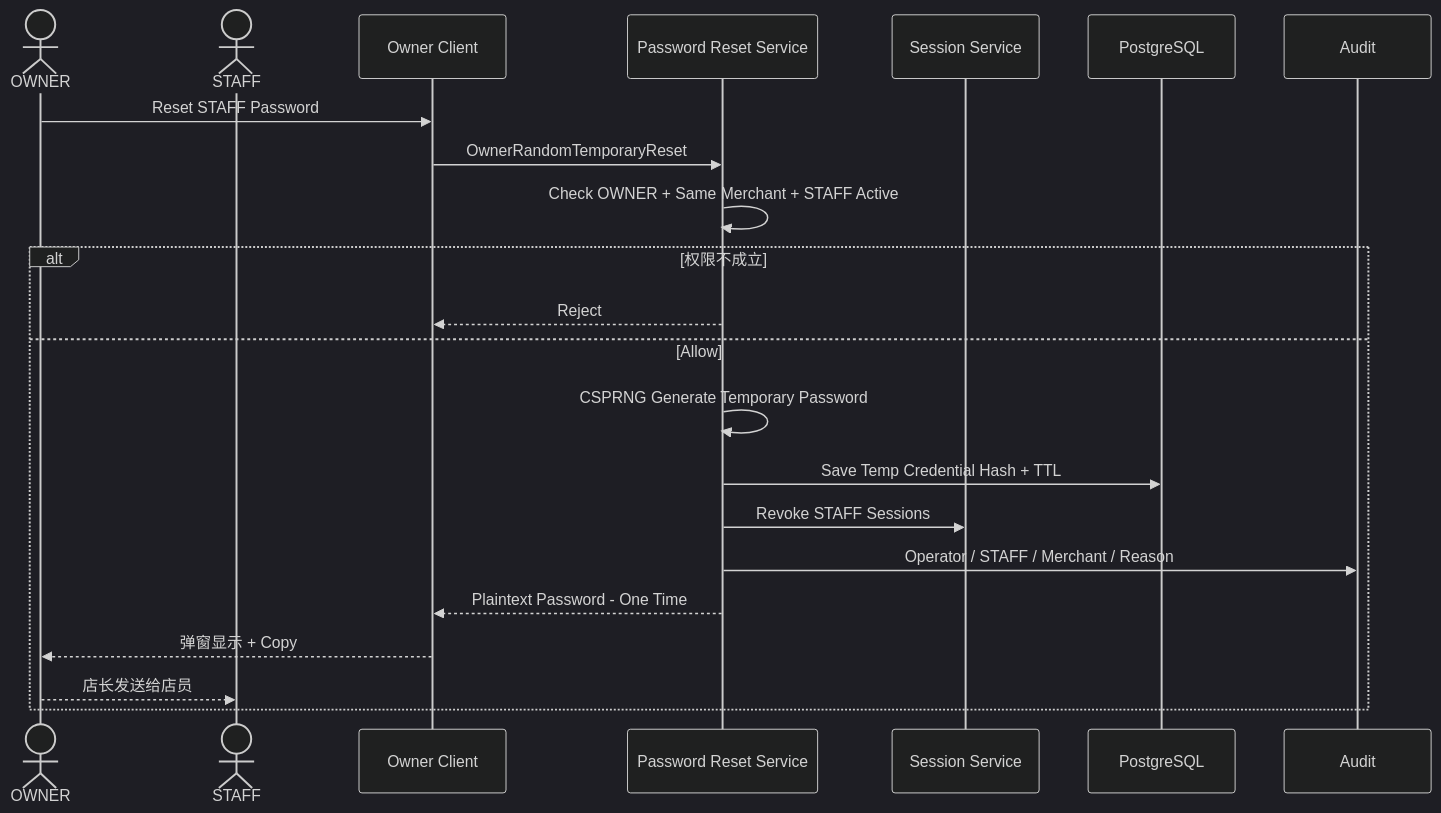
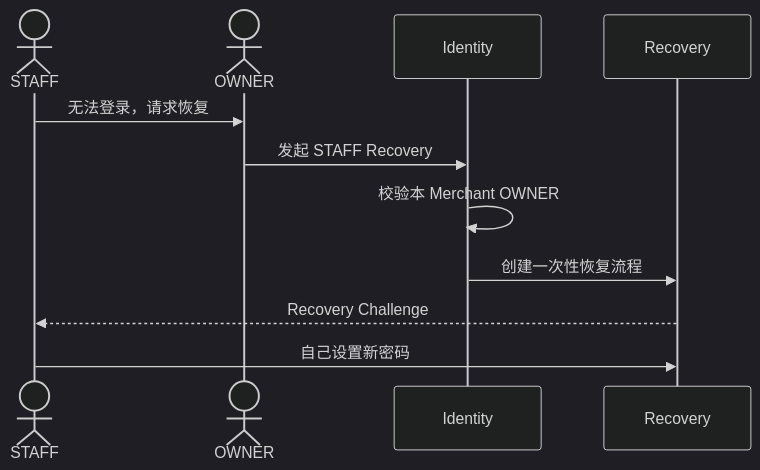
One commit to sxyq/mastergoods changed the sixth of 10 diagrams in docs/system-design/01-账户与身份/04-密码与账号恢复.md. Above: the diagram before and after it, drawn with Mermaid (dark theme). The commit also changed other lines of this file and 12 other files, not shown here.

Commit message:
docs(system-design): sync detailed design and explain flows

````diff
--- a/docs/system-design/01-账户与身份/04-密码与账号恢复.md
+++ b/docs/system-design/01-账户与身份/04-密码与账号恢复.md
@@ -179,26 +260,15 @@
 ```mermaid
 sequenceDiagram
+    actor S as STAFF
     actor O as OWNER
-    actor S as STAFF
-    participant C as Owner Client
-    participant RESET as Password Reset Service
-    participant SESSION as Session Service
-    participant DB as PostgreSQL
-    participant AUDIT as Audit
+    participant IAM as Identity
+    participant REC as Recovery
 
-    O->>C: Reset STAFF Password
-    C->>RESET: OwnerRandomTemporaryReset
-    RESET->>RESET: Check OWNER + Same Merchant + STAFF Active
+    S->>O: 无法登录，请求恢复
+    O->>IAM: 发起 STAFF Recovery
+    IAM->>IAM: 校验本 Merchant OWNER
+    IAM->>REC: 创建一次性恢复流程
 
-    alt 权限不成立
-        RESET-->>C: Reject
-    else Allow
-        RESET->>RESET: CSPRNG Generate Temporary Password
-        RESET->>DB: Save Temp Credential Hash + TTL
-        RESET->>SESSION: Revoke STAFF Sessions
-        RESET->>AUDIT: Operator / STAFF / Merchant / Reason
-        RESET-->>C: Plaintext Password - One Time
-        C-->>O: 弹窗显示 + Copy
-        O-->>S: 店长发送给店员
-    end
+    REC-->>S: Recovery Challenge
+    S->>REC: 自己设置新密码
 ```
````
